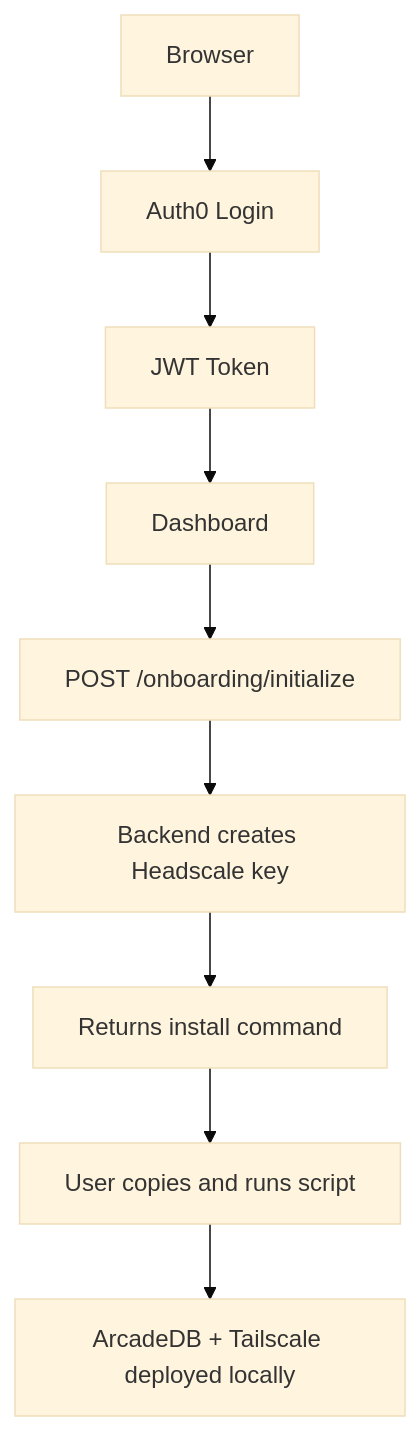
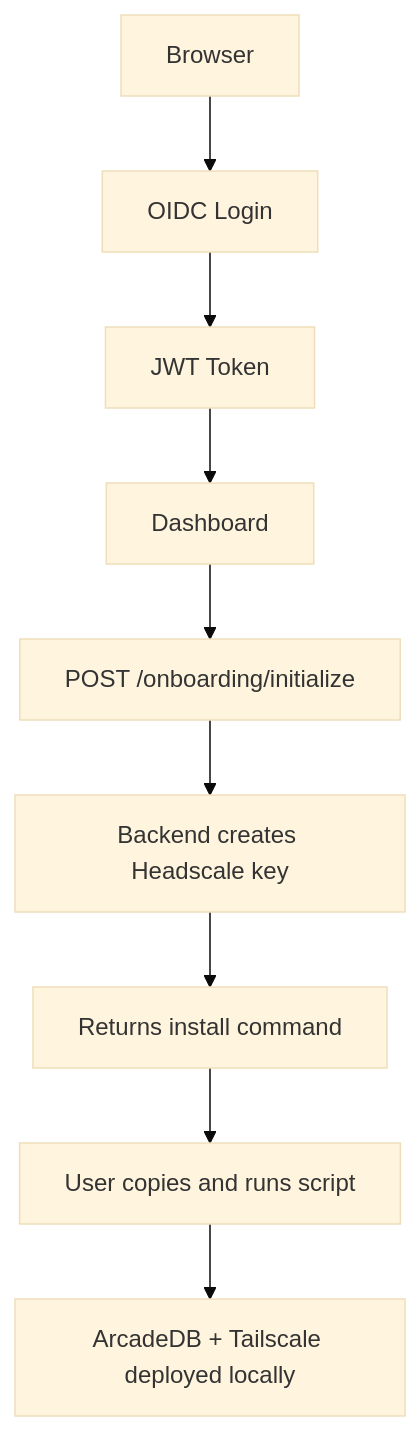
The diagram in docs/08_FrontendSetup.md (Loreholm/Loreholm), drawn with Mermaid (base theme) before and after one commit. The commit also changed other lines of this file and 29 other files, not shown here.

Commit message:
pulling away from Auth0 to generic OIDC

````diff
--- a/docs/08_FrontendSetup.md
+++ b/docs/08_FrontendSetup.md
@@ -42,11 +42,11 @@
 ```mermaid
 flowchart TD
-    A[Browser] --> B[Auth0 Login]
+    A[Browser] --> B[OIDC Login]
     B --> C[JWT Token]
     C --> D[Dashboard]
     D --> E["POST /onboarding/initialize"]
     E --> F[Backend creates Headscale key]
     F --> G[Returns install command]
     G --> H[User copies and runs script]
     H --> I[ArcadeDB + Tailscale deployed locally]
 ```
````
